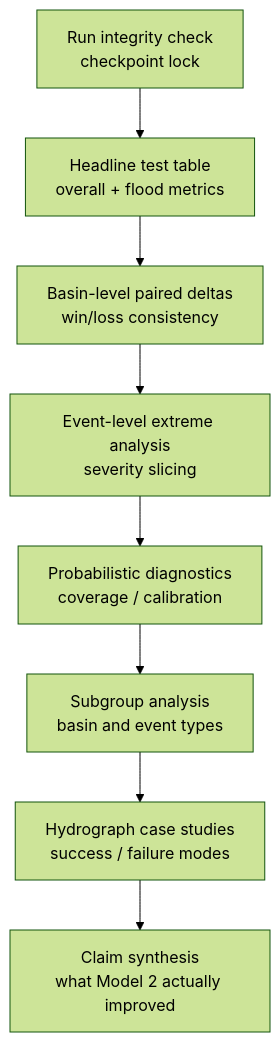
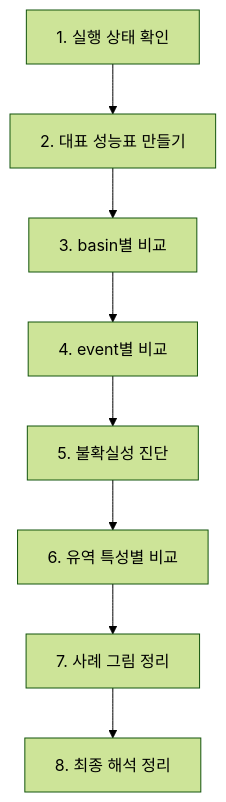
Before and after one commit to mossyantler/flood-underestimation-lstm: the diagram in docs/research/result_analysis_protocol.md, drawn with Mermaid (forest theme). The commit also changed other lines of this file and 21 other files, not shown here.

Commit message:
Add CAMELSH flood analysis pipeline

````diff
--- a/docs/research/result_analysis_protocol.md
+++ b/docs/research/result_analysis_protocol.md
@@ -31,10 +26,10 @@
 ```mermaid
 flowchart TD
-    A["Run integrity check<br/>checkpoint lock"] --> B["Headline test table<br/>overall + flood metrics"]
-    B --> C["Basin-level paired deltas<br/>win/loss consistency"]
-    C --> D["Event-level extreme analysis<br/>severity slicing"]
-    D --> E["Probabilistic diagnostics<br/>coverage / calibration"]
-    E --> F["Subgroup analysis<br/>basin and event types"]
-    F --> G["Hydrograph case studies<br/>success / failure modes"]
-    G --> H["Claim synthesis<br/>what Model 2 actually improved"]
+    A["1. 실행 상태 확인"] --> B["2. 대표 성능표 만들기"]
+    B --> C["3. basin별 비교"]
+    C --> D["4. event별 비교"]
+    D --> E["5. 불확실성 진단"]
+    E --> F["6. 유역 특성별 비교"]
+    F --> G["7. 사례 그림 정리"]
+    G --> H["8. 최종 해석 정리"]
 ```
````
